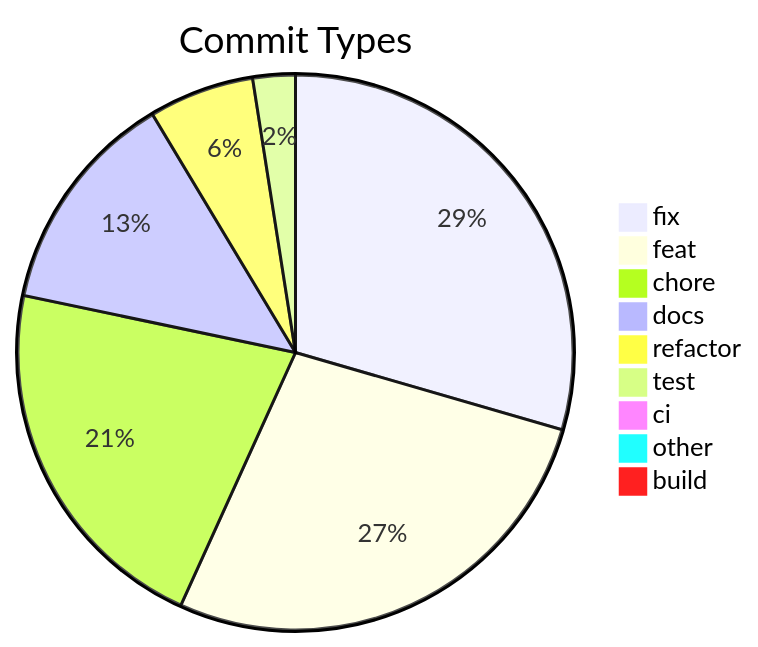
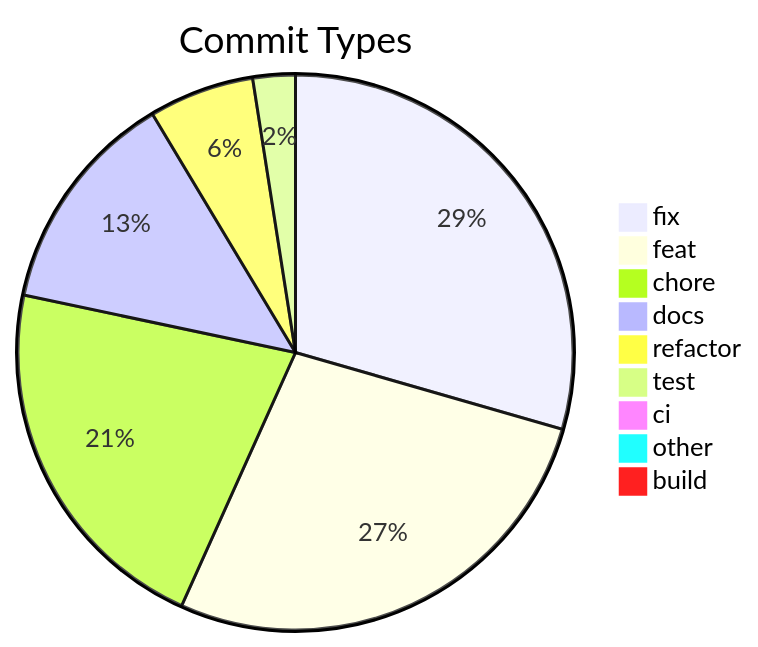
One commit to svenroth-ai/shipwright changed the diagram in .shipwright/compliance/change-history.md. Above: the diagram before and after it, drawn with Mermaid. The commit also changed other lines of this file and 18 other files, not shown here.

````diff
--- a/.shipwright/compliance/change-history.md
+++ b/.shipwright/compliance/change-history.md
@@ -8,12 +8,12 @@
 ```mermaid
 pie title Commit Types
     "fix" : 322
     "feat" : 298
-    "chore" : 235
+    "chore" : 236
     "docs" : 143
     "refactor" : 67
     "test" : 27
     "ci" : 11
     "other" : 7
     "build" : 1
 ```
````
